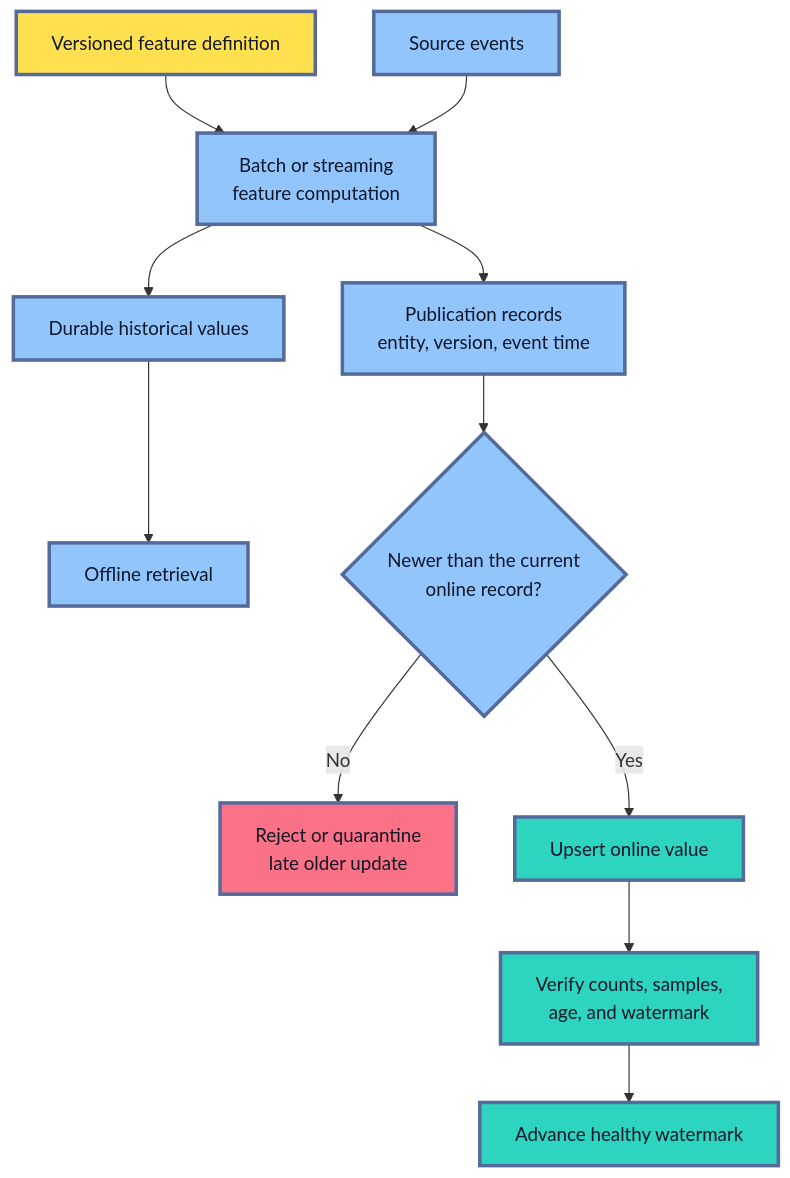
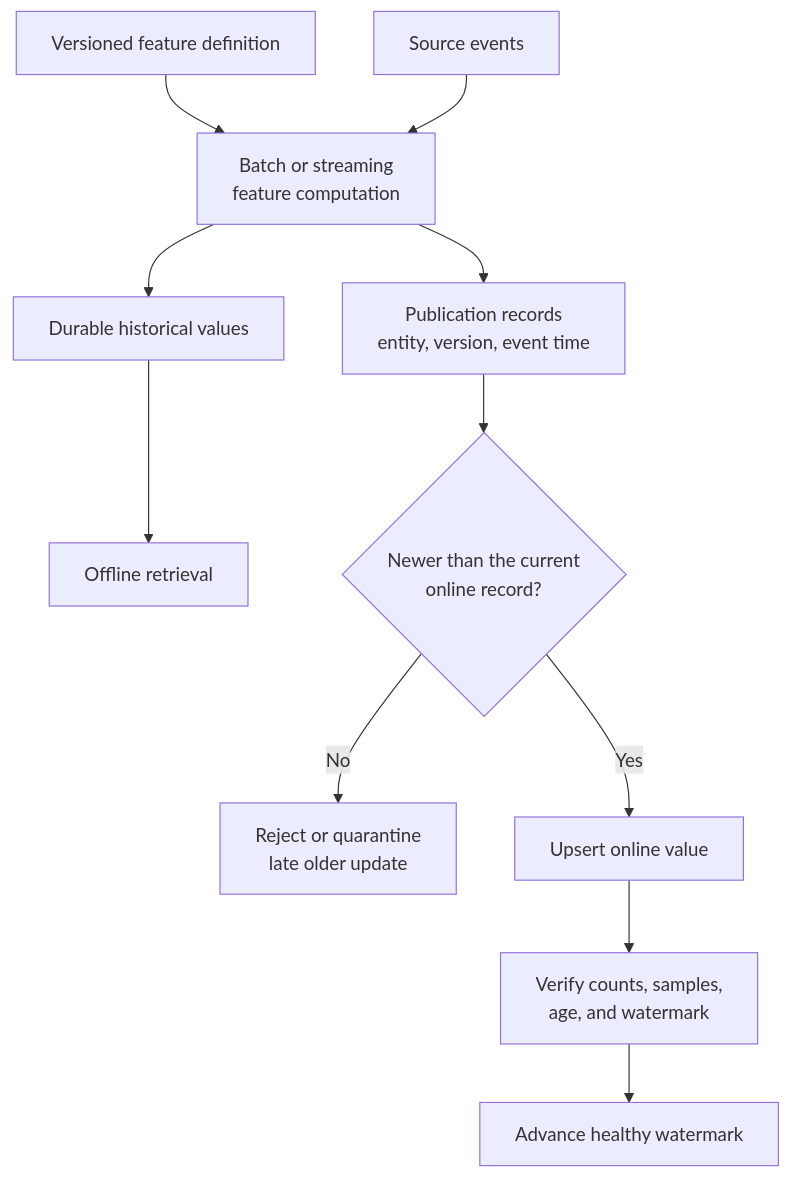
One commit to senlinyy/dev-roadmaps changed the third of 5 diagrams in roadmaps/mlops/modules/data-for-ml-systems/feature-management/04-feature-stores-explained.md. Above: the diagram before and after it, drawn with Mermaid. The commit also changed other lines of this file and 152 other files, not shown here.

Commit message:
feat: mlops and diagrams updated

````diff
--- a/roadmaps/mlops/modules/data-for-ml-systems/feature-management/04-feature-stores-explained.md
+++ b/roadmaps/mlops/modules/data-for-ml-systems/feature-management/04-feature-stores-explained.md
@@ -208,22 +200,18 @@
 ```mermaid
 flowchart TD
     A["Versioned feature definition"] --> B["Batch or streaming<br/>feature computation"]
     C["Source events"] --> B
     B --> D["Durable historical values"]
     B --> E["Publication records<br/>entity, version, event time"]
     D --> F["Offline retrieval"]
     E --> G{"Newer than the current<br/>online record?"}
     G -->|"No"| H["Reject or quarantine<br/>late older update"]
     G -->|"Yes"| I["Upsert online value"]
     I --> J["Verify counts, samples,<br/>age, and watermark"]
     J --> K["Advance healthy watermark"]
 
-    classDef contract fill:#FFE04F,stroke:#536A9A,stroke-width:3px,color:#111827
-    classDef work fill:#93C5FD,stroke:#536A9A,stroke-width:3px,color:#0F172A
-    classDef reject fill:#FB7185,stroke:#536A9A,stroke-width:3px,color:#111827
-    classDef healthy fill:#2DD4BF,stroke:#536A9A,stroke-width:3px,color:#0F172A
     class A contract
     class B,C,D,E,F,G work
     class H reject
     class I,J,K healthy
 ```
````
